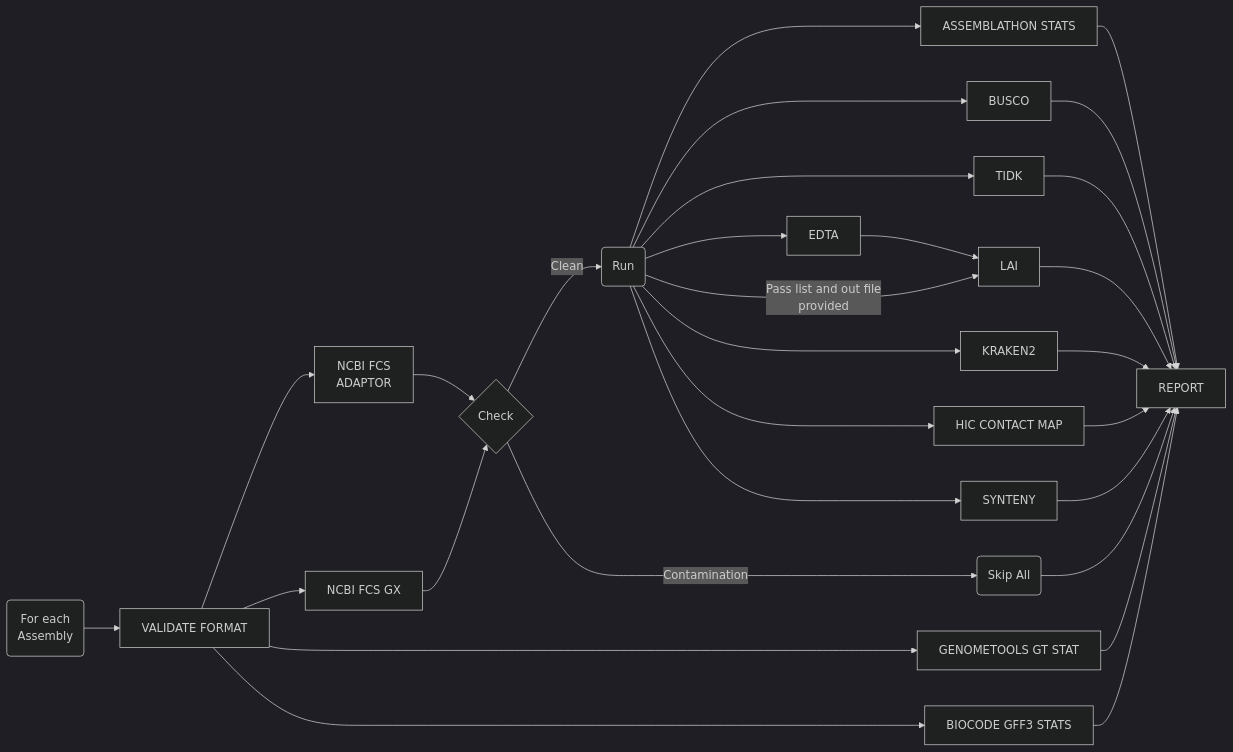
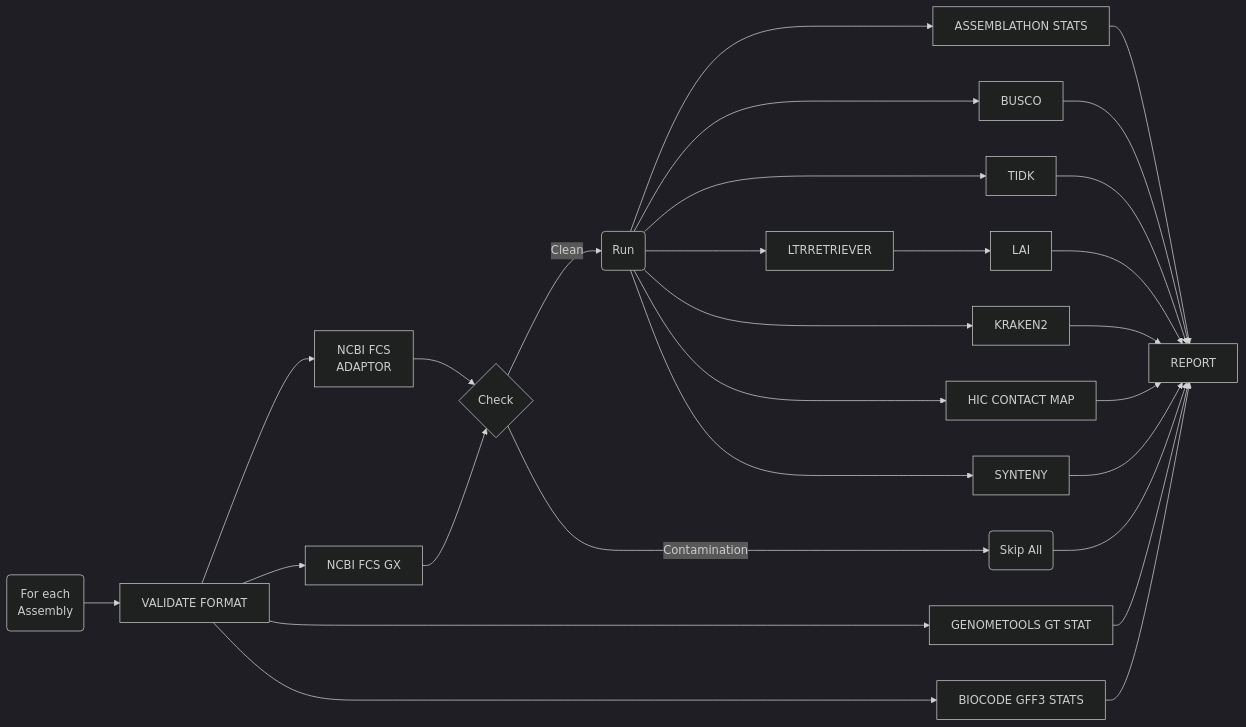
The diagram in README.md (Plant-Food-Research-Open/assemblyqc), drawn with Mermaid (dark theme) before and after one commit. The commit also changed other lines of this file and 16 other files, not shown here.

````diff
--- a/README.md
+++ b/README.md
@@ -20,37 +20,36 @@
 ```mermaid
 flowchart LR
   forEachTag(For each\nAssembly) --> VALIDATE_FORMAT[VALIDATE FORMAT]
   
   VALIDATE_FORMAT --> ncbiFCS[NCBI FCS\nADAPTOR]
   ncbiFCS --> Check{Check}
 
   VALIDATE_FORMAT --> ncbiGX[NCBI FCS GX]
   ncbiGX --> Check
   Check --> |Clean|Run(Run)
 
   Check --> |Contamination|Skip(Skip All)
   Skip --> REPORT
 
   VALIDATE_FORMAT --> GFF_STATS[GENOMETOOLS GT STAT]
   VALIDATE_FORMAT --> GFF_STATS_II[BIOCODE GFF3 STATS]
   
   Run --> ASS_STATS[ASSEMBLATHON STATS]
   Run --> BUSCO
   Run --> TIDK
-  Run --> EDTA
-  EDTA --> LAI
-  Run --> |Pass list and out file\nprovided|LAI
+  Run --> LTRRETRIEVER
+  LTRRETRIEVER --> LAI
   Run --> KRAKEN2
   Run --> HIC_CONTACT_MAP[HIC CONTACT MAP]
   Run --> SYNTENY
 
   ASS_STATS --> REPORT
   GFF_STATS --> REPORT
   GFF_STATS_II --> REPORT
   BUSCO --> REPORT
   TIDK --> REPORT
   LAI --> REPORT
   KRAKEN2 --> REPORT
   HIC_CONTACT_MAP --> REPORT
   SYNTENY --> REPORT
 ```
````
